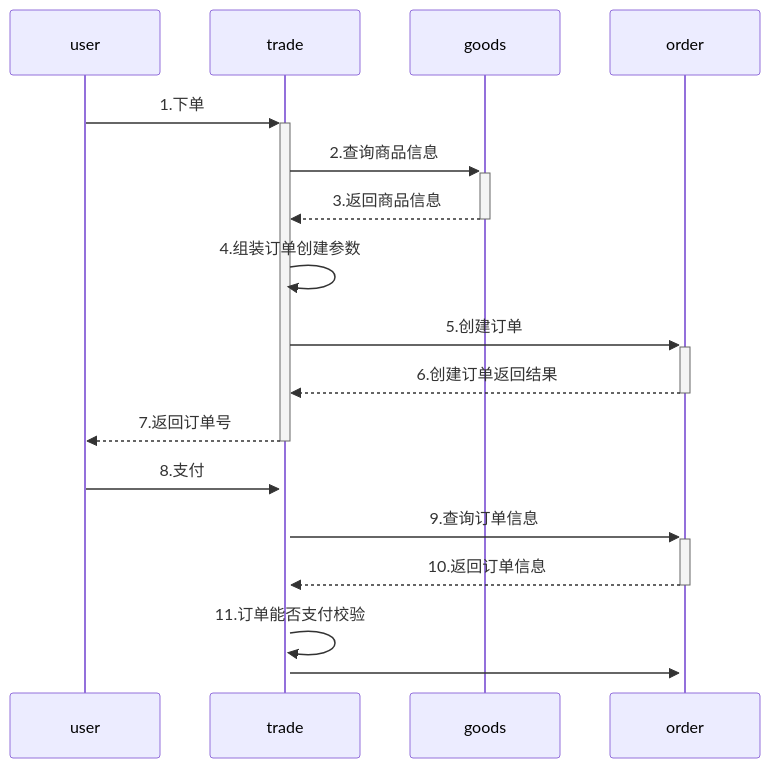
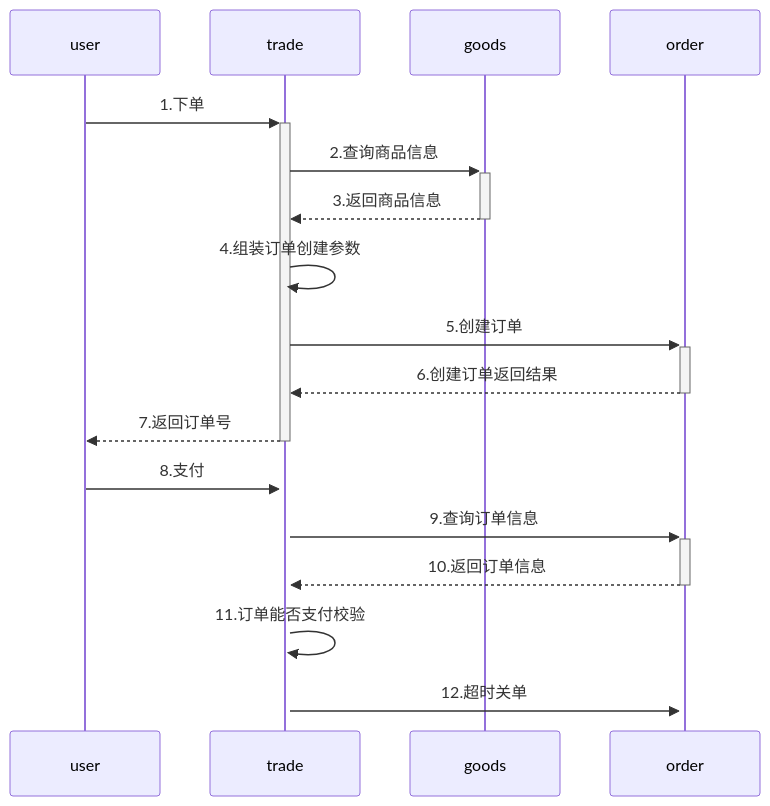
One commit to yingjianzh/iodraw-files changed the diagram in all/未命名-6.md. Above: the diagram before and after it, drawn with Mermaid.

Commit message:
2024-08-19 15:45:56 update

````diff
--- a/all/未命名-6.md
+++ b/all/未命名-6.md
@@ -1,15 +1,15 @@
 ```mermaid
 sequenceDiagram
     user->>+trade: 1.下单
     trade->>+goods: 2.查询商品信息
     goods-->>-trade: 3.返回商品信息
     trade->>trade: 4.组装订单创建参数
     trade->>+order: 5.创建订单
     order-->>-trade: 6.创建订单返回结果
     trade-->>-user: 7.返回订单号
     user->>+trade: 8.支付
     trade->>+order: 9.查询订单信息
     order-->>-trade: 10.返回订单信息
     trade->>trade: 11.订单能否支付校验
-    trade->>+order:
+    trade->>+order: 12.超时关单
 ```
````
